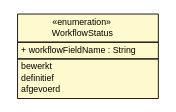
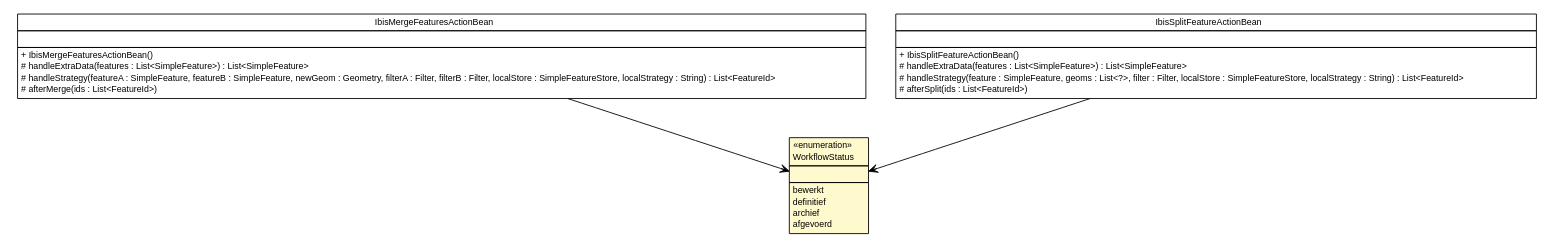
Before and after one commit to B3Partners/flamingo-ibis: the diagram in ibis-viewer/apidocs/nl/b3p/viewer/ibis/util/WorkflowStatus.dot, drawn with Graphviz. The commit also changed 137 other files, not shown here.

```diff
--- a/ibis-viewer/apidocs/nl/b3p/viewer/ibis/util/WorkflowStatus.dot
+++ b/ibis-viewer/apidocs/nl/b3p/viewer/ibis/util/WorkflowStatus.dot
@@ -1,27 +1,62 @@
 #!/usr/local/bin/dot
 #
 # Class diagram 
 # Generated by UMLGraph version R5_6-24-gf6e263 (http://www.umlgraph.org/)
 #
 
 digraph G {
 	edge [fontname="Helvetica",fontsize=10,labelfontname="Helvetica",labelfontsize=10];
 	node [fontname="Helvetica",fontsize=10,shape=plaintext];
 	nodesep=0.25;
 	ranksep=0.5;
 	// nl.b3p.viewer.ibis.util.WorkflowStatus
-	c141 [label=<<table title="nl.b3p.viewer.ibis.util.WorkflowStatus" border="0" cellborder="1" cellspacing="0" cellpadding="2" port="p" bgcolor="lemonChiffon" href="./WorkflowStatus.html">
+	c248 [label=<<table title="nl.b3p.viewer.ibis.util.WorkflowStatus" border="0" cellborder="1" cellspacing="0" cellpadding="2" port="p" bgcolor="lemonChiffon" href="./WorkflowStatus.html">
 		<tr><td><table border="0" cellspacing="0" cellpadding="1">
 <tr><td align="center" balign="center"> &#171;enumeration&#187; </td></tr>
 <tr><td align="center" balign="center"> WorkflowStatus </td></tr>
 		</table></td></tr>
 		<tr><td><table border="0" cellspacing="0" cellpadding="1">
-<tr><td align="left" balign="left"> + workflowFieldName : String </td></tr>
+<tr><td align="left" balign="left">  </td></tr>
 		</table></td></tr>
 		<tr><td><table border="0" cellspacing="0" cellpadding="1">
 <tr><td align="left" balign="left"> bewerkt </td></tr>
 <tr><td align="left" balign="left"> definitief </td></tr>
+<tr><td align="left" balign="left"> archief </td></tr>
 <tr><td align="left" balign="left"> afgevoerd </td></tr>
 		</table></td></tr>
 		</table>>, URL="./WorkflowStatus.html", fontname="Helvetica", fontcolor="black", fontsize=10.0];
+	// nl.b3p.viewer.stripes.IbisMergeFeaturesActionBean
+	c256 [label=<<table title="nl.b3p.viewer.stripes.IbisMergeFeaturesActionBean" border="0" cellborder="1" cellspacing="0" cellpadding="2" port="p" href="../../stripes/IbisMergeFeaturesActionBean.html">
+		<tr><td><table border="0" cellspacing="0" cellpadding="1">
+<tr><td align="center" balign="center"> IbisMergeFeaturesActionBean </td></tr>
+		</table></td></tr>
+		<tr><td><table border="0" cellspacing="0" cellpadding="1">
+<tr><td align="left" balign="left">  </td></tr>
+		</table></td></tr>
+		<tr><td><table border="0" cellspacing="0" cellpadding="1">
+<tr><td align="left" balign="left"> + IbisMergeFeaturesActionBean() </td></tr>
+<tr><td align="left" balign="left"> # handleExtraData(features : List&lt;SimpleFeature&gt;) : List&lt;SimpleFeature&gt; </td></tr>
+<tr><td align="left" balign="left"> # handleStrategy(featureA : SimpleFeature, featureB : SimpleFeature, newGeom : Geometry, filterA : Filter, filterB : Filter, localStore : SimpleFeatureStore, localStrategy : String) : List&lt;FeatureId&gt; </td></tr>
+<tr><td align="left" balign="left"> # afterMerge(ids : List&lt;FeatureId&gt;) </td></tr>
+		</table></td></tr>
+		</table>>, URL="../../stripes/IbisMergeFeaturesActionBean.html", fontname="Helvetica", fontcolor="black", fontsize=10.0];
+	// nl.b3p.viewer.stripes.IbisSplitFeatureActionBean
+	c257 [label=<<table title="nl.b3p.viewer.stripes.IbisSplitFeatureActionBean" border="0" cellborder="1" cellspacing="0" cellpadding="2" port="p" href="../../stripes/IbisSplitFeatureActionBean.html">
+		<tr><td><table border="0" cellspacing="0" cellpadding="1">
+<tr><td align="center" balign="center"> IbisSplitFeatureActionBean </td></tr>
+		</table></td></tr>
+		<tr><td><table border="0" cellspacing="0" cellpadding="1">
+<tr><td align="left" balign="left">  </td></tr>
+		</table></td></tr>
+		<tr><td><table border="0" cellspacing="0" cellpadding="1">
+<tr><td align="left" balign="left"> + IbisSplitFeatureActionBean() </td></tr>
+<tr><td align="left" balign="left"> # handleExtraData(features : List&lt;SimpleFeature&gt;) : List&lt;SimpleFeature&gt; </td></tr>
+<tr><td align="left" balign="left"> # handleStrategy(feature : SimpleFeature, geoms : List&lt;?&gt;, filter : Filter, localStore : SimpleFeatureStore, localStrategy : String) : List&lt;FeatureId&gt; </td></tr>
+<tr><td align="left" balign="left"> # afterSplit(ids : List&lt;FeatureId&gt;) </td></tr>
+		</table></td></tr>
+		</table>>, URL="../../stripes/IbisSplitFeatureActionBean.html", fontname="Helvetica", fontcolor="black", fontsize=10.0];
+	// nl.b3p.viewer.stripes.IbisMergeFeaturesActionBean NAVASSOC nl.b3p.viewer.ibis.util.WorkflowStatus
+	c256:p -> c248:p [taillabel="", label="", headlabel="", fontname="Helvetica", fontcolor="black", fontsize=10.0, color="black", arrowhead=open];
+	// nl.b3p.viewer.stripes.IbisSplitFeatureActionBean NAVASSOC nl.b3p.viewer.ibis.util.WorkflowStatus
+	c257:p -> c248:p [taillabel="", label="", headlabel="", fontname="Helvetica", fontcolor="black", fontsize=10.0, color="black", arrowhead=open];
 }
```
